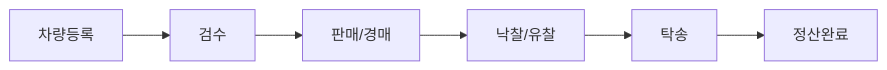
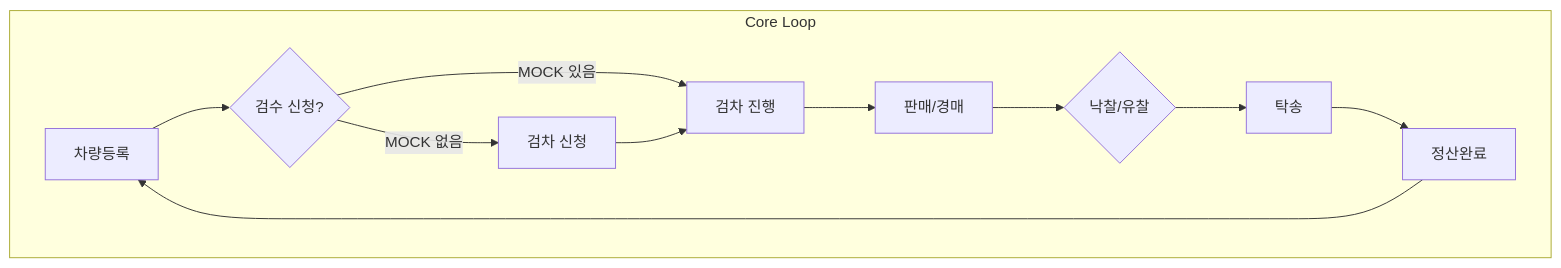
One commit to Siegfriex/carivdealer1229 changed the first of 3 diagrams in docs/CarivDealer_UserFlow.md. Above: the diagram before and after it, drawn with Mermaid. The commit also changed other lines of this file and 9 other files, not shown here.

````diff
--- a/docs/CarivDealer_UserFlow.md
+++ b/docs/CarivDealer_UserFlow.md
@@ -21,8 +23,14 @@
 ```mermaid
-flowchart LR
-    A[차량등록] --> B[검수]
-    B --> C[판매/경매]
-    C --> D[낙찰/유찰]
-    D --> E[탁송]
-    E --> F[정산완료]
+flowchart TD
+    subgraph Loop [Core Loop]
+        A[차량등록] --> B{검수 신청?}
+        B -->|MOCK 있음| C[검차 진행]
+        B -->|MOCK 없음| D[검차 신청]
+        D --> C
+        C --> E[판매/경매]
+        E --> F{낙찰/유찰}
+        F --> G[탁송]
+        G --> H[정산완료]
+        H --> A
+    end
 ```
````
